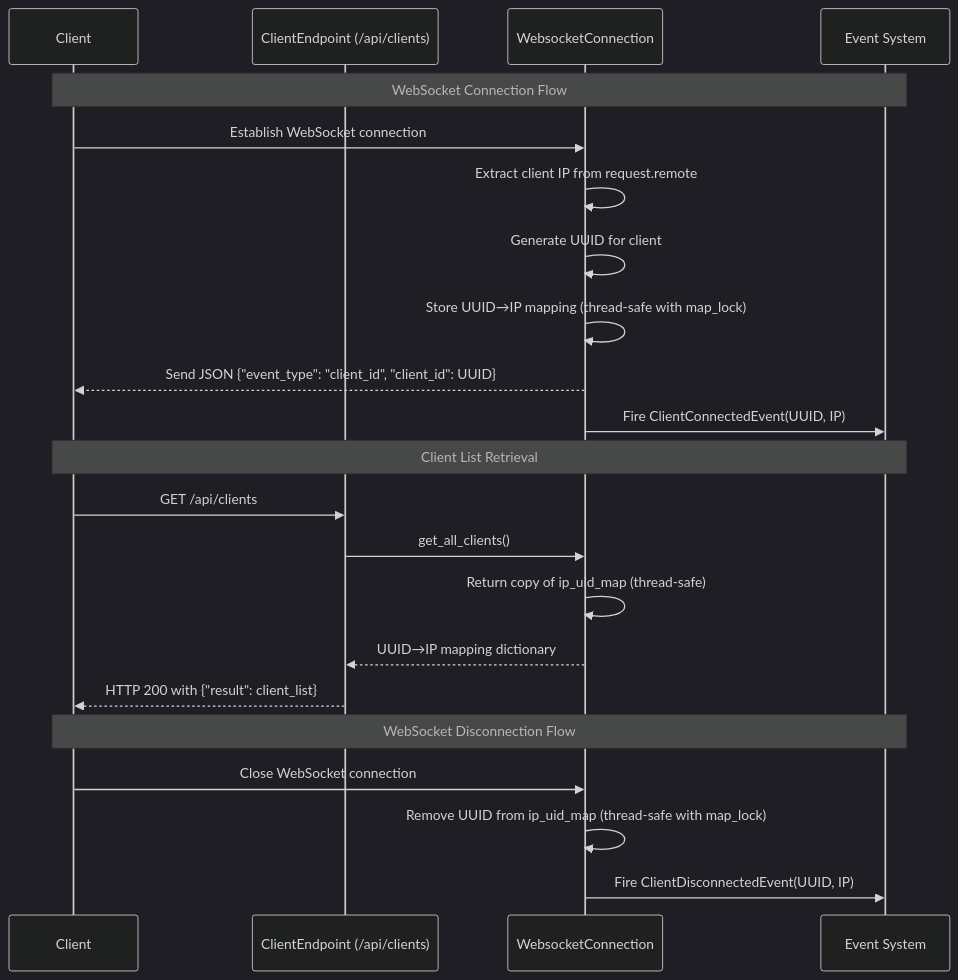
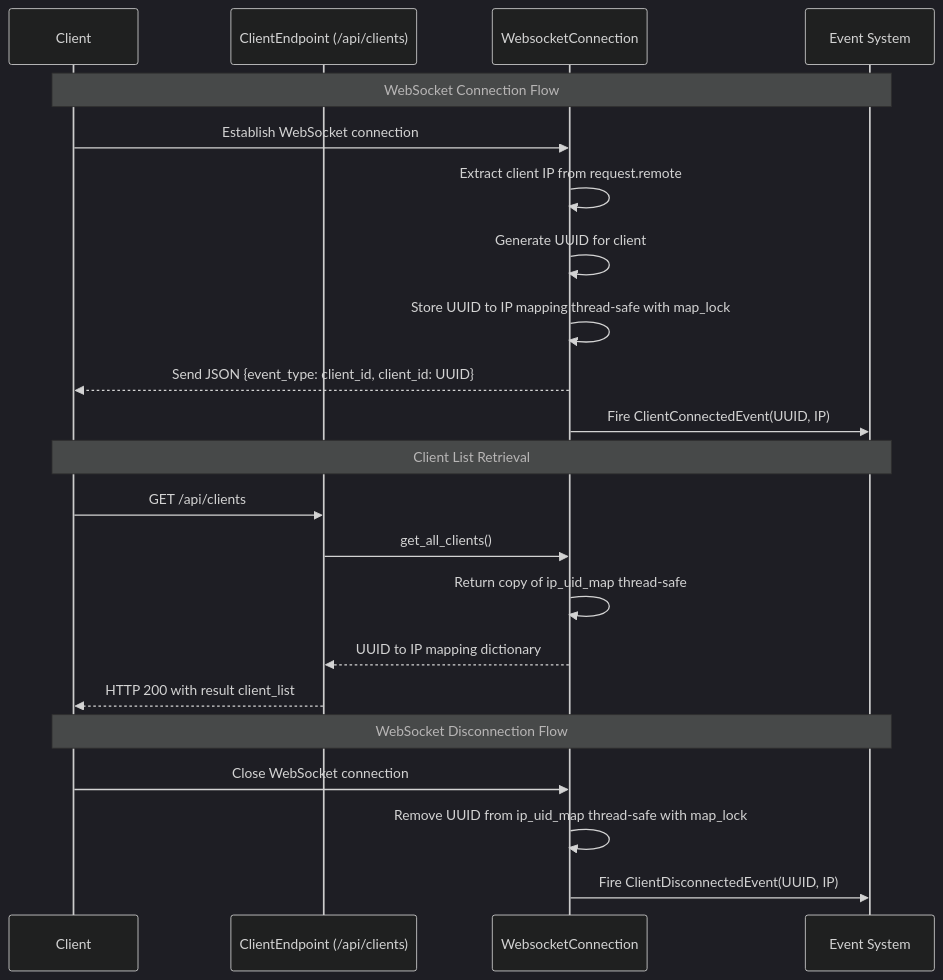
The first of 2 diagrams in docs/apis/websocket.md (LedFx/LedFx), drawn with Mermaid (dark theme) before and after one commit. The commit also changed other lines of this file and 10 other files, not shown here.

````diff
--- a/docs/apis/websocket.md
+++ b/docs/apis/websocket.md
@@ -20,27 +20,27 @@
-```{mermaid}
-  sequenceDiagram
-      participant Client
-      participant ClientEndpoint as ClientEndpoint (/api/clients)
-      participant WebSocketMgr as WebsocketConnection
-      participant EventSystem as Event System
+```mermaid
+sequenceDiagram
+    participant Client
+    participant ClientEndpoint as ClientEndpoint (/api/clients)
+    participant WebSocketMgr as WebsocketConnection
+    participant EventSystem as Event System
 
-      Note over Client,EventSystem: WebSocket Connection Flow
-      Client->>WebSocketMgr: Establish WebSocket connection
-      WebSocketMgr->>WebSocketMgr: Extract client IP from request.remote
-      WebSocketMgr->>WebSocketMgr: Generate UUID for client
-      WebSocketMgr->>WebSocketMgr: Store UUID→IP mapping (thread-safe with map_lock)
-      WebSocketMgr-->>Client: Send JSON {"event_type": "client_id", "client_id": UUID}
-      WebSocketMgr->>EventSystem: Fire ClientConnectedEvent(UUID, IP)
+    Note over Client,EventSystem: WebSocket Connection Flow
+    Client->>WebSocketMgr: Establish WebSocket connection
+    WebSocketMgr->>WebSocketMgr: Extract client IP from request.remote
+    WebSocketMgr->>WebSocketMgr: Generate UUID for client
+    WebSocketMgr->>WebSocketMgr: Store UUID to IP mapping thread-safe with map_lock
+    WebSocketMgr-->>Client: Send JSON {event_type: client_id, client_id: UUID}
+    WebSocketMgr->>EventSystem: Fire ClientConnectedEvent(UUID, IP)
 
-      Note over Client,EventSystem: Client List Retrieval
-      Client->>ClientEndpoint: GET /api/clients
-      ClientEndpoint->>WebSocketMgr: get_all_clients()
-      WebSocketMgr->>WebSocketMgr: Return copy of ip_uid_map (thread-safe)
-      WebSocketMgr-->>ClientEndpoint: UUID→IP mapping dictionary
-      ClientEndpoint-->>Client: HTTP 200 with {"result": client_list}
+    Note over Client,EventSystem: Client List Retrieval
+    Client->>ClientEndpoint: GET /api/clients
+    ClientEndpoint->>WebSocketMgr: get_all_clients()
+    WebSocketMgr->>WebSocketMgr: Return copy of ip_uid_map thread-safe
+    WebSocketMgr-->>ClientEndpoint: UUID to IP mapping dictionary
+    ClientEndpoint-->>Client: HTTP 200 with result client_list
 
-      Note over Client,EventSystem: WebSocket Disconnection Flow
-      Client->>WebSocketMgr: Close WebSocket connection
-      WebSocketMgr->>WebSocketMgr: Remove UUID from ip_uid_map (thread-safe with map_lock)
-      WebSocketMgr->>EventSystem: Fire ClientDisconnectedEvent(UUID, IP)
+    Note over Client,EventSystem: WebSocket Disconnection Flow
+    Client->>WebSocketMgr: Close WebSocket connection
+    WebSocketMgr->>WebSocketMgr: Remove UUID from ip_uid_map thread-safe with map_lock
+    WebSocketMgr->>EventSystem: Fire ClientDisconnectedEvent(UUID, IP)
 ```
````
